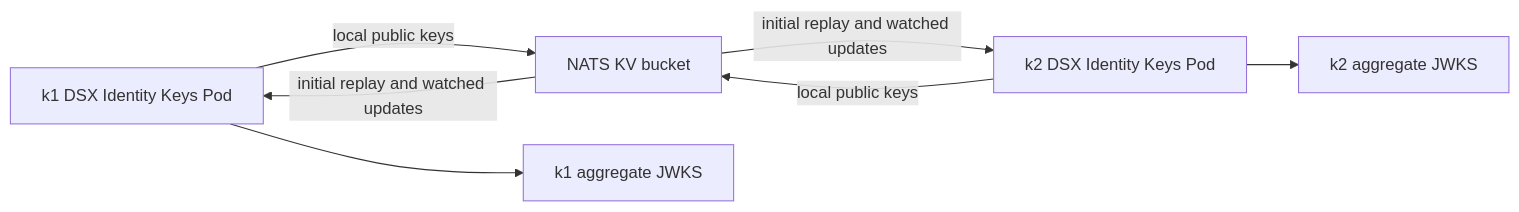
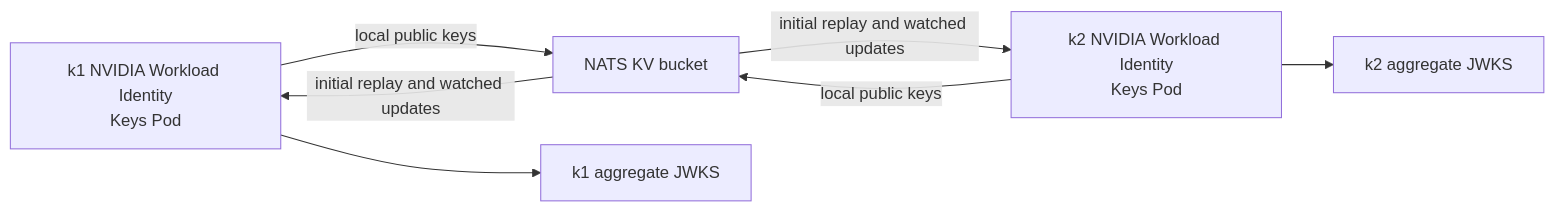
The second of 2 diagrams in cmd/dsx-identity-keys/README.md (dsx-ai-factory/nvidia-workload-identity), drawn with Mermaid before and after one commit. The commit also changed other lines of this file and 41 other files, not shown here.

First line of the commit message:
fix(NO-REF): update NVIDIA Workload Identity display names

````diff
--- a/cmd/dsx-identity-keys/README.md
+++ b/cmd/dsx-identity-keys/README.md
@@ -63,9 +67,9 @@
 ```mermaid
 flowchart LR
-    K1["k1 DSX Identity Keys Pod"] -->|"local public keys"| Bus["NATS KV bucket"]
-    K2["k2 DSX Identity Keys Pod"] -->|"local public keys"| Bus
+    K1["k1 NVIDIA Workload Identity<br/>Keys Pod"] -->|"local public keys"| Bus["NATS KV bucket"]
+    K2["k2 NVIDIA Workload Identity<br/>Keys Pod"] -->|"local public keys"| Bus
     Bus -->|"initial replay and watched updates"| K1
     Bus -->|"initial replay and watched updates"| K2
     K1 --> J1["k1 aggregate JWKS"]
     K2 --> J2["k2 aggregate JWKS"]
 ```
````
